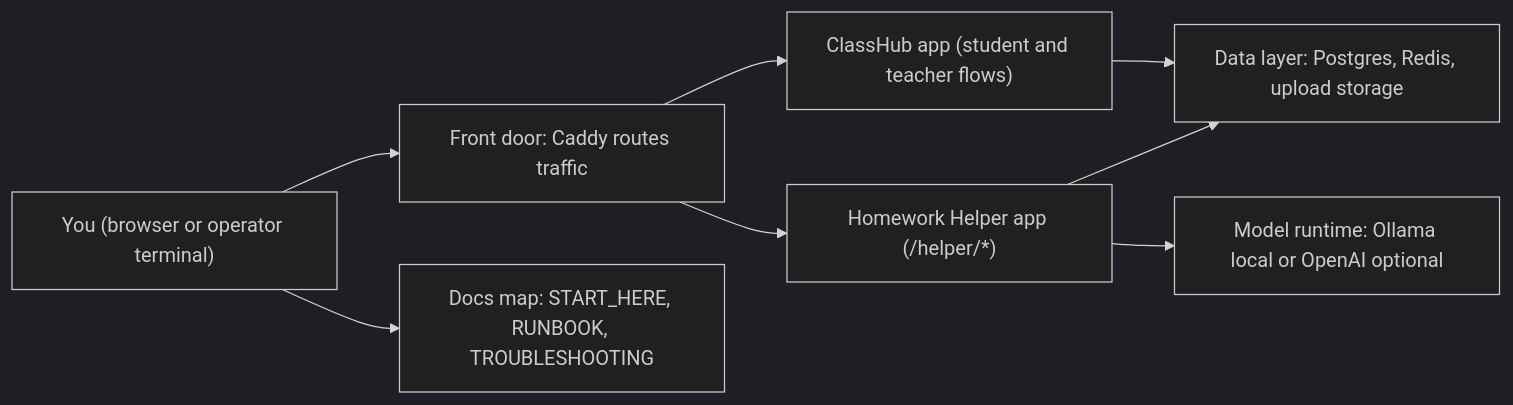
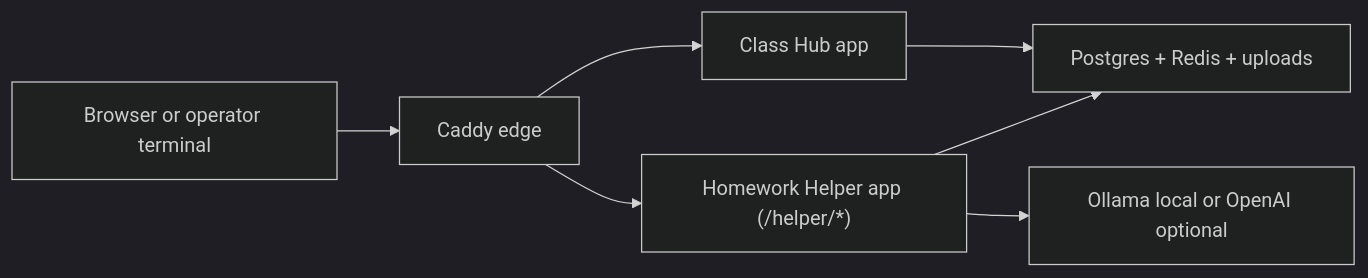
The diagram in README.md (bseverns/classhub), drawn with Mermaid (dark theme) before and after one commit. The commit also changed other lines of this file and 12 other files, not shown here.

Commit message:
Consolidate docs front door and default to strict org boundaries

````diff
--- a/README.md
+++ b/README.md
@@ -43,18 +45,16 @@
 ```mermaid
 flowchart LR
-  You["You (browser or operator terminal)"]
-  Edge["Front door: Caddy routes traffic"]
-  Hub["ClassHub app (student and teacher flows)"]
+  You["Browser or operator terminal"]
+  Edge["Caddy edge"]
+  Hub["Class Hub app"]
   Helper["Homework Helper app (/helper/*)"]
-  Data["Data layer: Postgres, Redis, upload storage"]
-  Model["Model runtime: Ollama local or OpenAI optional"]
-  Docs["Docs map: START_HERE, RUNBOOK, TROUBLESHOOTING"]
+  Data["Postgres + Redis + uploads"]
+  Model["Ollama local or OpenAI optional"]
 
   You --> Edge
   Edge --> Hub
   Edge --> Helper
   Hub --> Data
   Helper --> Data
   Helper --> Model
-  You --> Docs
 ```
````
